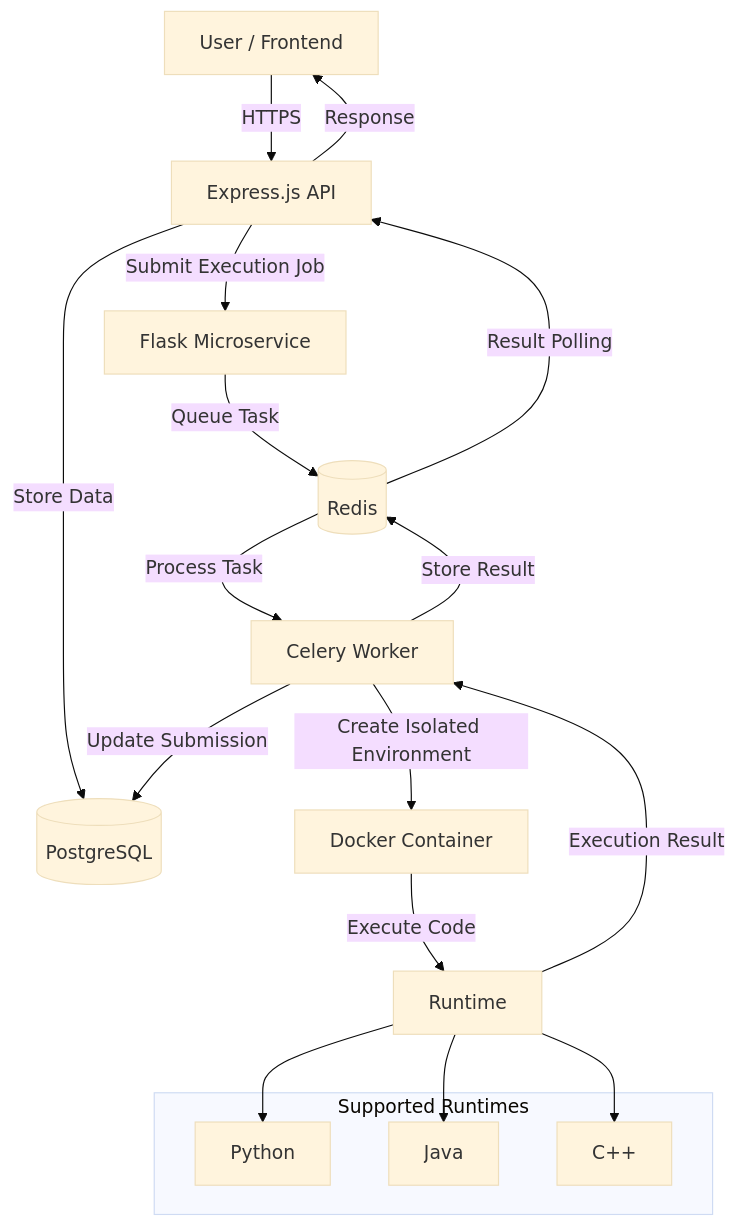
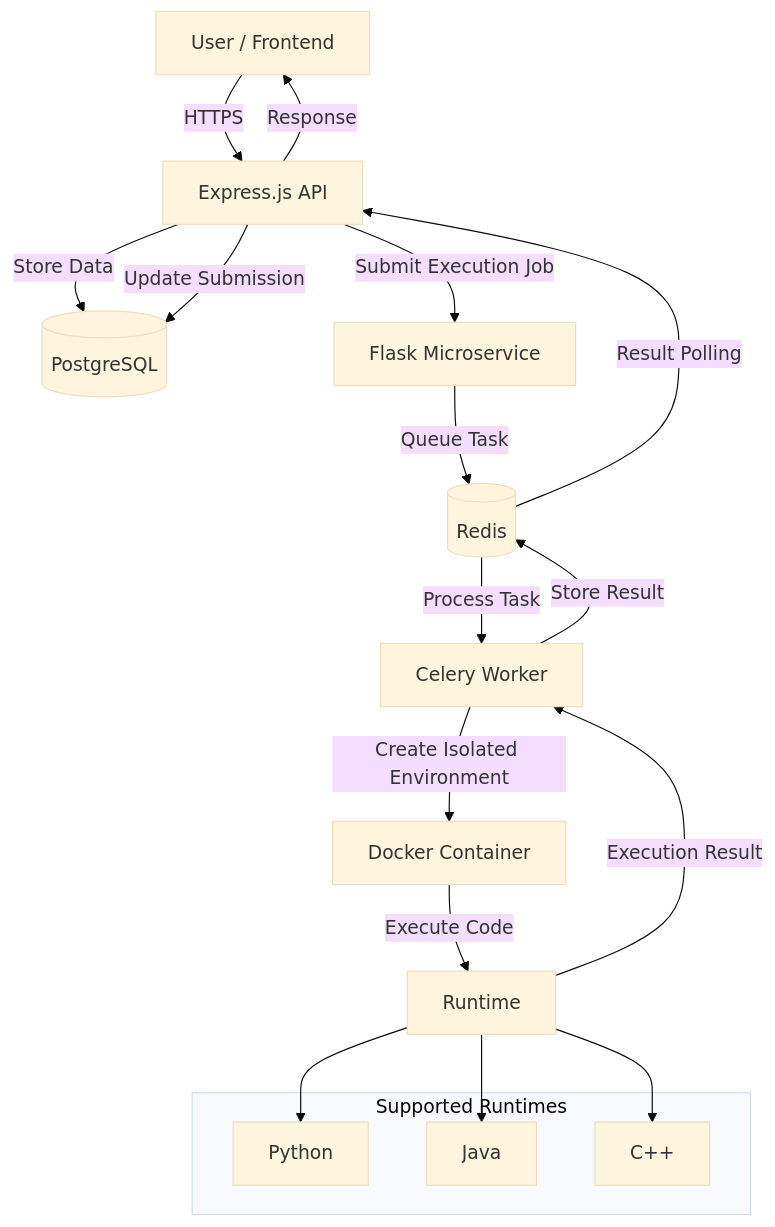
Before and after one commit to maitreya-16/my-oj: the diagram in README.md, drawn with Mermaid (base theme).

````diff
--- a/README.md
+++ b/README.md
@@ -47,37 +47,37 @@
 ```mermaid
 graph TB
 
     A[User / Frontend] -->|HTTPS| B[Express.js API]
 
     B -->|Store Data| C[(PostgreSQL)]
 
     B -->|Submit Execution Job| D[Flask Microservice]
 
     D -->|Queue Task| E[(Redis)]
 
     E -->|Process Task| F[Celery Worker]
 
     F -->|Create Isolated Environment| G[Docker Container]
 
     G -->|Execute Code| H[Runtime]
 
     H -->|Execution Result| F
 
     F -->|Store Result| E
 
-    F -->|Update Submission| C
+    B -->|Update Submission| C[(PostgreSQL)]
 
     E -->|Result Polling| B
 
     B -->|Response| A
 
     subgraph "Supported Runtimes"
         H1[Python]
         H2[Java]
         H3[C++]
     end
 
     H --> H1
     H --> H2
     H --> H3
 ```
````
